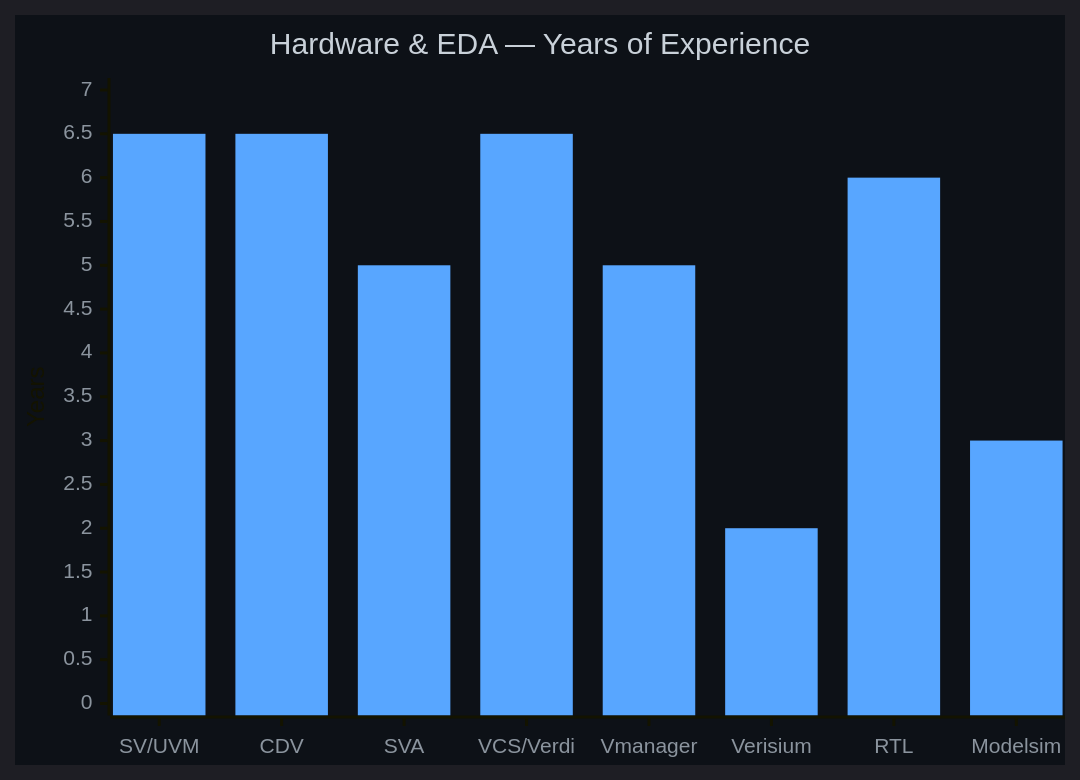
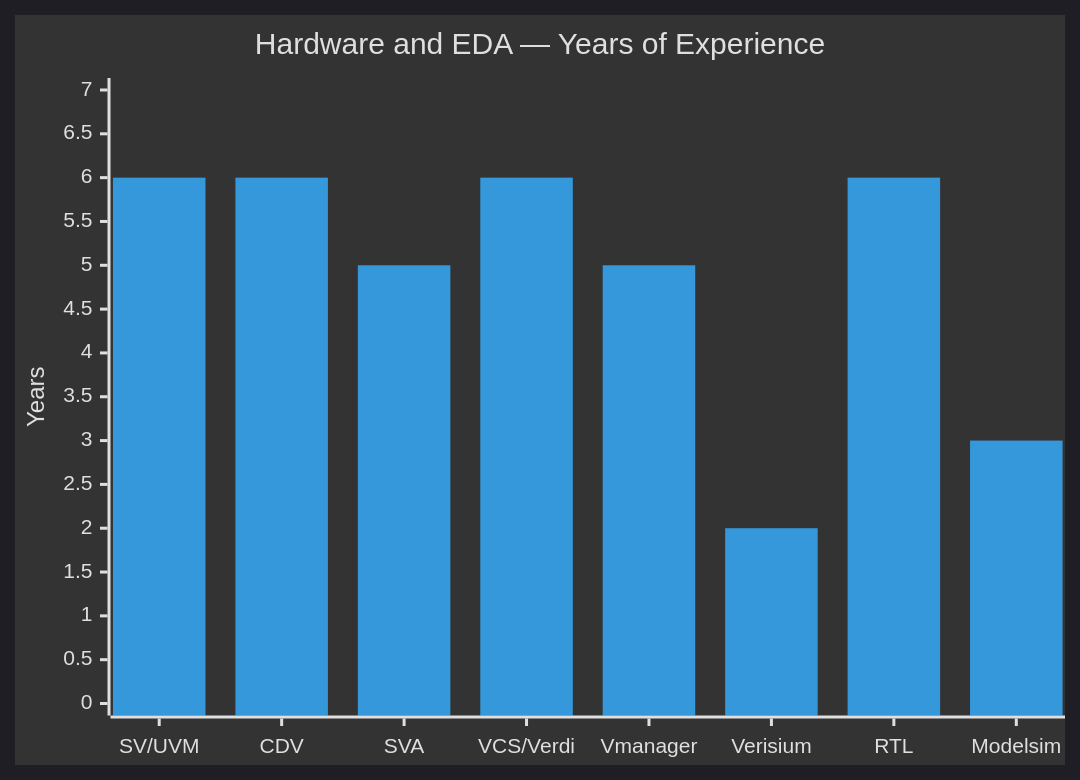
One commit to themanmakerX/themanmakerX changed the first of 4 diagrams in README.md. Above: the diagram before and after it, drawn with Mermaid. The commit also changed other lines of this file, not shown here.

First line of the commit message:
Refine titles and data in README mermaid charts

````diff
--- a/README.md
+++ b/README.md
@@ -116,8 +116,8 @@
 ```mermaid
-%%{init: {'theme': 'dark', 'themeVariables': {'xyChart': {'backgroundColor': '#0d1117', 'plotColorPalette': '#58a6ff', 'titleColor': '#c9d1d9', 'xAxisLabelColor': '#8b949e', 'yAxisLabelColor': '#8b949e', 'gridColor': '#21262d'}}}}%%
+%%{init: {'theme': 'dark'}}%%
 xychart-beta
-  title "Hardware & EDA — Years of Experience"
+  title "Hardware and EDA — Years of Experience"
   x-axis ["SV/UVM", "CDV", "SVA", "VCS/Verdi", "Vmanager", "Verisium", "RTL", "Modelsim"]
   y-axis "Years" 0 --> 7
-  bar [6.5, 6.5, 5, 6.5, 5, 2, 6, 3]
+  bar [6, 6, 5, 6, 5, 2, 6, 3]
 ```
````
